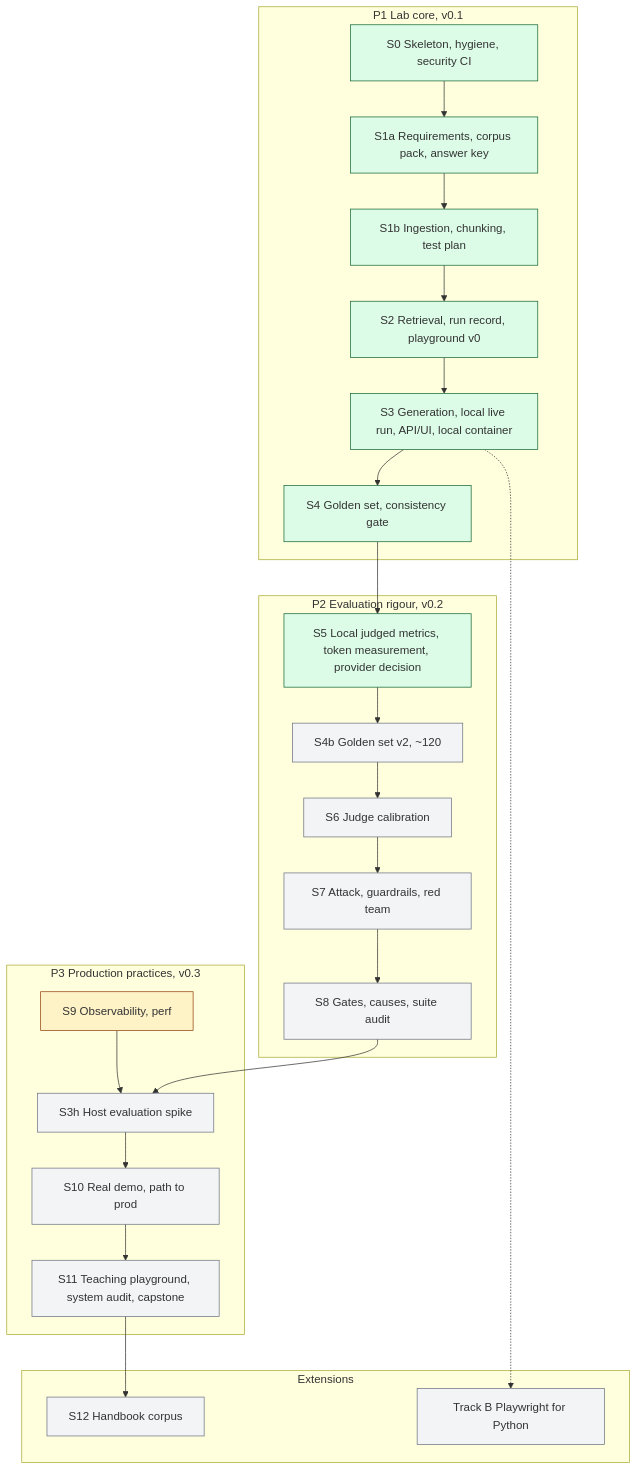
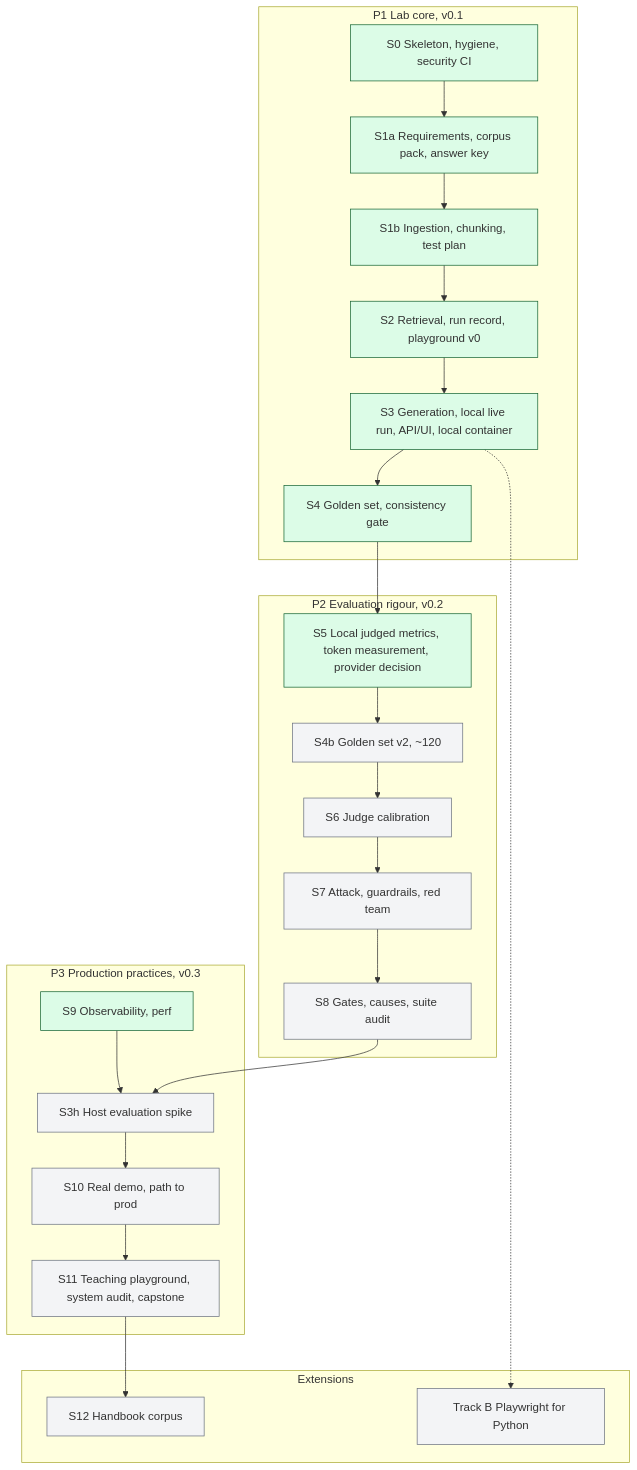
One commit to willcoliveira/ai-testing-rag-lab changed the diagram in README.md. Above: the diagram before and after it, drawn with Mermaid. The commit also changed 6 other files, not shown here.

````diff
--- a/README.md
+++ b/README.md
@@ -25,26 +25,25 @@
 ```mermaid
 flowchart TB
   subgraph P1[P1 Lab core, v0.1]
     S0[S0 Skeleton, hygiene, security CI] --> S1a[S1a Requirements, corpus pack, answer key] --> S1b[S1b Ingestion, chunking, test plan] --> S2[S2 Retrieval, run record, playground v0] --> S3[S3 Generation, local live run, API/UI, local container] --> S4[S4 Golden set, consistency gate]
   end
   subgraph P2[P2 Evaluation rigour, v0.2]
     S5[S5 Local judged metrics, token measurement, provider decision] --> S4b[S4b Golden set v2, ~120] --> S6[S6 Judge calibration] --> S7[S7 Attack, guardrails, red team] --> S8[S8 Gates, causes, suite audit]
   end
   subgraph P3[P3 Production practices, v0.3]
     S9[S9 Observability, perf] --> S3h[S3h Host evaluation spike] --> S10[S10 Real demo, path to prod] --> S11[S11 Teaching playground, system audit, capstone]
   end
   subgraph EXT[Extensions]
     S12[S12 Handbook corpus]
     B[Track B Playwright for Python]
   end
   S4 --> S5
   S8 --> S3h
   S11 --> S12
   S3 -.-> B
   classDef todo fill:#f3f4f6,stroke:#6b7280
   classDef wip fill:#fef3c7,stroke:#92400e
   classDef done fill:#dcfce7,stroke:#166534
-  class S0,S1a,S1b,S2,S3,S4,S5 done
-  class S9 wip
+  class S0,S1a,S1b,S2,S3,S4,S5,S9 done
   class S3h,S4b,S6,S7,S8,S10,S11,S12,B todo
 ```
````
